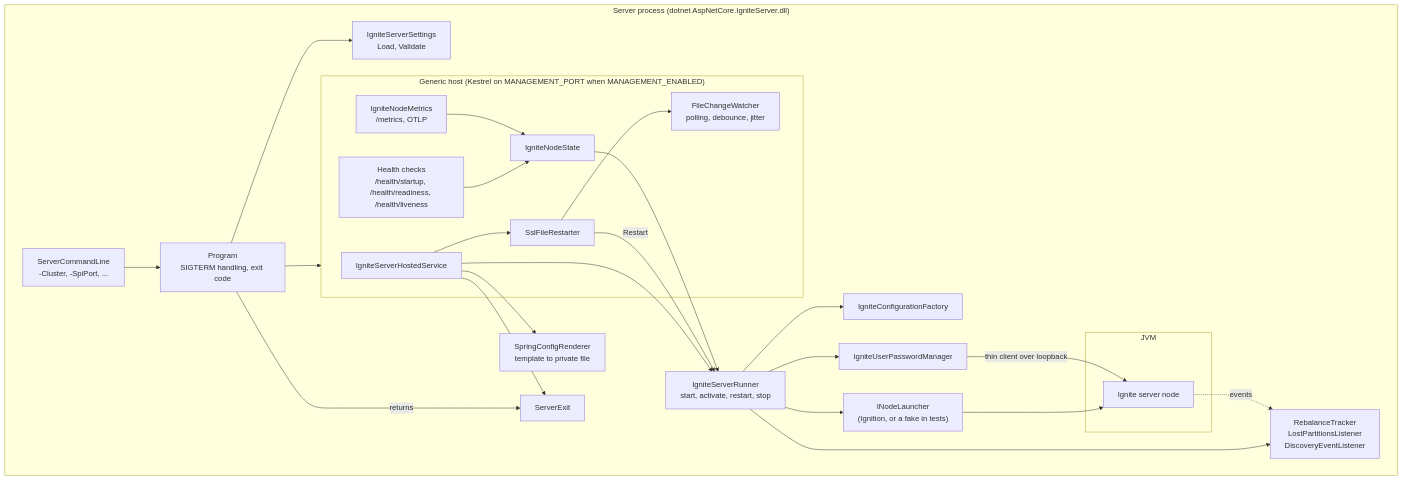
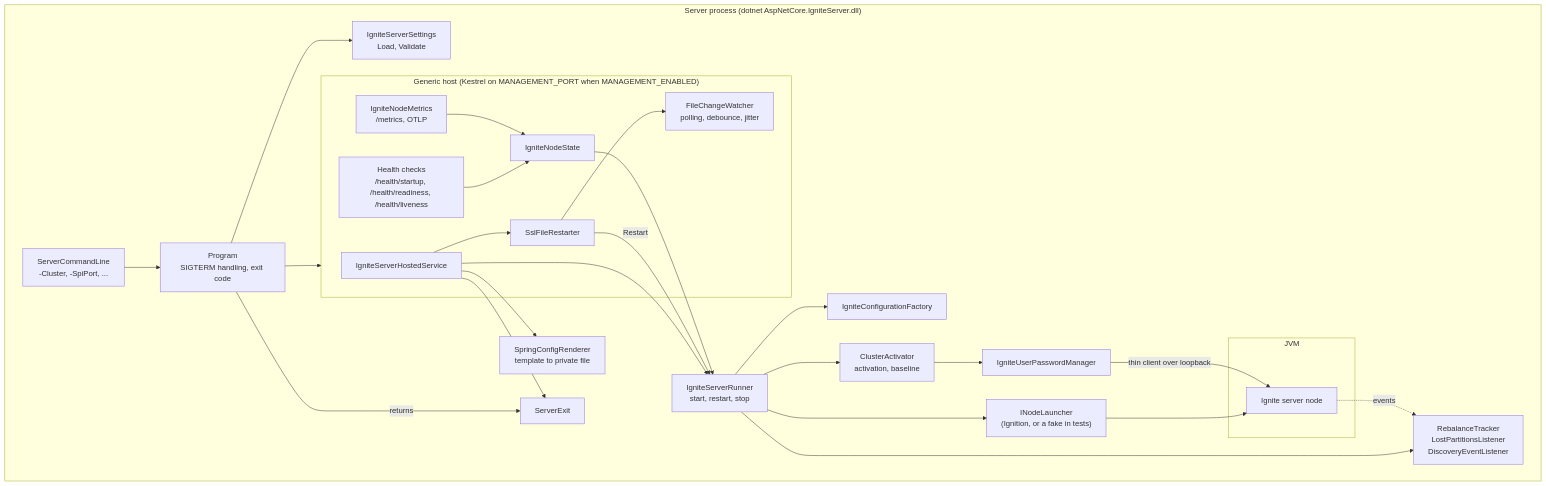
The first of 5 diagrams in docs/architecture.md (dradoaica/AspNetCore.Ignite), drawn with Mermaid before and after one commit. The commit also changed other lines of this file and 5 other files, not shown here.

First line of the commit message:
ClusterActivator out of the runner, CI image written once as a tar

````diff
--- a/docs/architecture.md
+++ b/docs/architecture.md
@@ -14,50 +14,52 @@
 ```mermaid
 flowchart TB
     subgraph process["Server process (dotnet AspNetCore.IgniteServer.dll)"]
         program["Program<br/>SIGTERM handling, exit code"]
         cmd["ServerCommandLine<br/>-Cluster, -SpiPort, ..."]
         settings["IgniteServerSettings<br/>Load, Validate"]
         exit["ServerExit"]
 
         subgraph host["Generic host (Kestrel on MANAGEMENT_PORT when MANAGEMENT_ENABLED)"]
             hosted["IgniteServerHostedService"]
             ssl["SslFileRestarter"]
             watcher["FileChangeWatcher<br/>polling, debounce, jitter"]
             state["IgniteNodeState"]
             health["Health checks<br/>/health/startup, /health/readiness, /health/liveness"]
             metrics["IgniteNodeMetrics<br/>/metrics, OTLP"]
         end
 
         renderer["SpringConfigRenderer<br/>template to private file"]
-        runner["IgniteServerRunner<br/>start, activate, restart, stop"]
+        runner["IgniteServerRunner<br/>start, restart, stop"]
+        activator["ClusterActivator<br/>activation, baseline"]
         factory["IgniteConfigurationFactory"]
         launcher["INodeLauncher<br/>(Ignition, or a fake in tests)"]
         listeners["RebalanceTracker<br/>LostPartitionsListener<br/>DiscoveryEventListener"]
         password["IgniteUserPasswordManager"]
 
         subgraph jvm["JVM"]
             node["Ignite server node"]
         end
     end
 
     cmd --> program
     program --> settings
     program --> host
     hosted --> renderer
     hosted --> runner
     hosted --> ssl
     hosted --> exit
     ssl --> watcher
     ssl -->|"Restart"| runner
     runner --> factory
     runner --> launcher
     launcher --> node
     runner --> listeners
-    runner --> password
+    runner --> activator
+    activator --> password
     password -->|"thin client over loopback"| node
     node -.->|"events"| listeners
     state --> runner
     health --> state
     metrics --> state
     program -->|"returns"| exit
 ```
````
